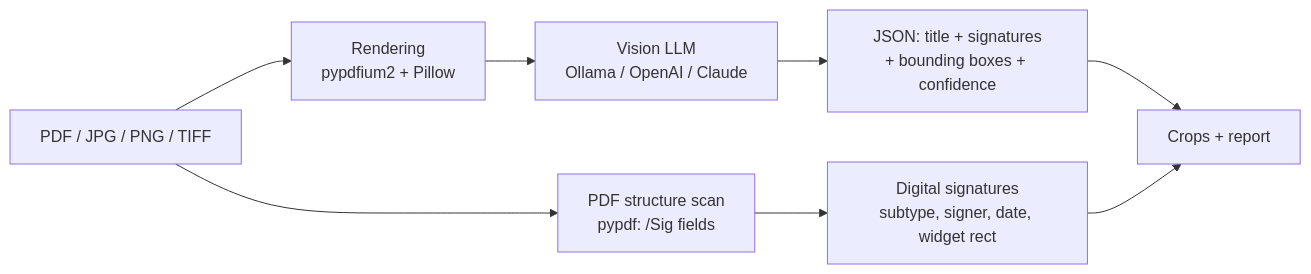
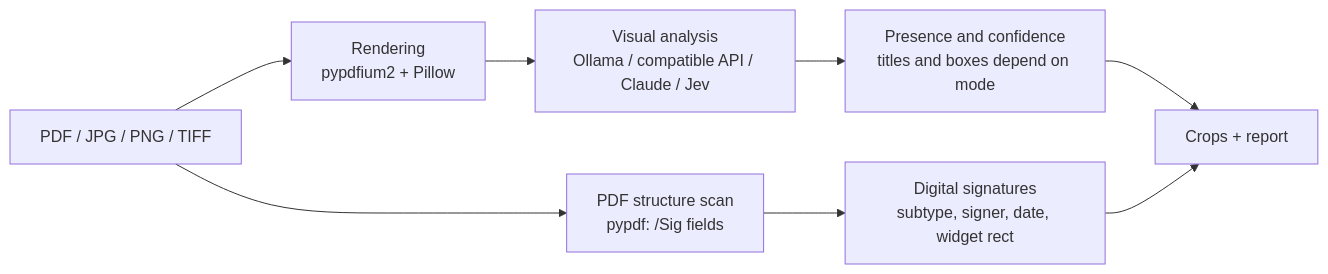
One commit to BlazejDominiak/signum changed the diagram in README.md. Above: the diagram before and after it, drawn with Mermaid. The commit also changed other lines of this file and 1 other file, not shown here.

Commit message:
docs: refresh project overview for Jev and document workflows

````diff
--- a/README.md
+++ b/README.md
@@ -67,10 +102,10 @@
 ```mermaid
 flowchart LR
     A[PDF / JPG / PNG / TIFF] --> B[Rendering<br>pypdfium2 + Pillow]
     A --> C[PDF structure scan<br>pypdf: /Sig fields]
-    B --> D[Vision LLM<br>Ollama / OpenAI / Claude]
-    D --> E[JSON: title + signatures<br>+ bounding boxes + confidence]
+    B --> D[Visual analysis<br>Ollama / compatible API / Claude / Jev]
+    D --> E[Presence and confidence<br>titles and boxes depend on mode]
     C --> F[Digital signatures<br>subtype, signer, date, widget rect]
     E --> G[Crops + report]
     F --> G
 ```
````
